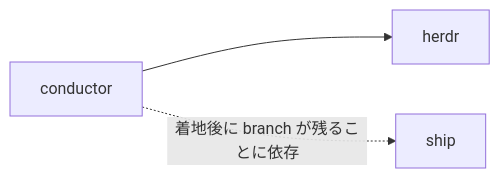
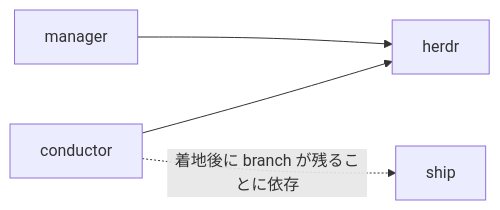
Before and after one commit to usagizmo/agentfiles: the second of 3 diagrams in agents/docs/structure.md, drawn with Mermaid. The commit also changed other lines of this file and 7 other files, not shown here.

````diff
--- a/agents/docs/structure.md
+++ b/agents/docs/structure.md
@@ -66,5 +70,6 @@
 ```mermaid
 flowchart LR
-    CO[conductor] --> HD[herdr]
+    MG[manager] --> HD[herdr]
+    CO[conductor] --> HD
     CO -.->|着地後に branch が残ることに依存| SH[ship]
 ```
````
